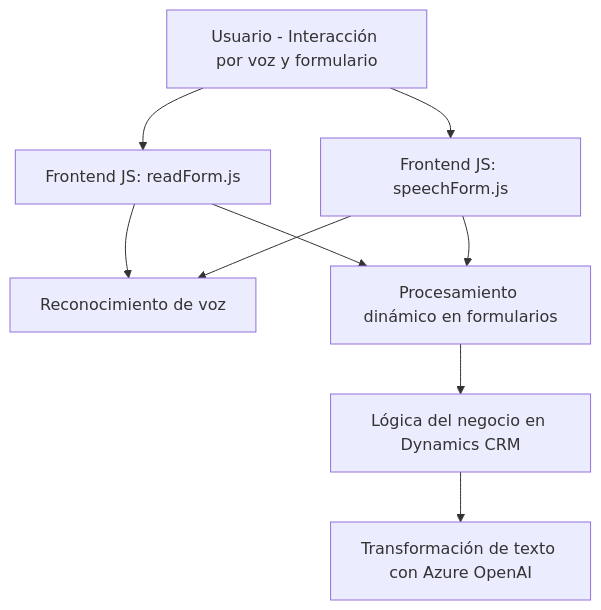
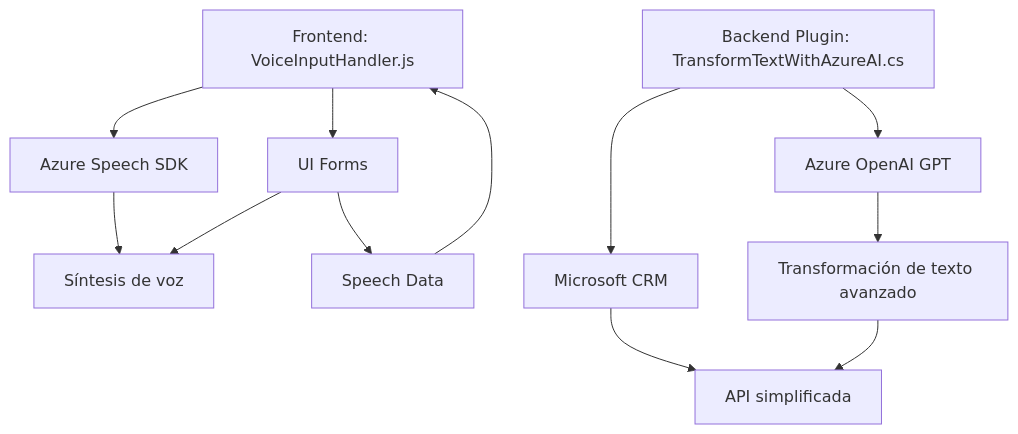
Before and after one commit to blopezdm/NETCORE_BILBAO2025: the diagram in README.md, drawn with Mermaid. The commit also changed other lines of this file, not shown here.

Commit message:
Actualizar análisis global de la solución con IA

````diff
--- a/README.md
+++ b/README.md
@@ -51,23 +52,15 @@
 ```mermaid
 graph TD
-    A["Usuario - Interacción por voz y formulario"]
-    B["Frontend JS: readForm.js"]
-    C["Frontend JS: speechForm.js"]
-    D["Azure Speech Services"]
-    E["Microsoft Dynamics CRM"]
-    F["Backend Plugin: TransformTextWithAzureAI.cs"]
-    G["Azure OpenAI"]
+    A["Frontend: VoiceInputHandler.js"] --> B["Azure Speech SDK"]
+    A --> C["UI Forms"]
+    B --> D["Síntesis de voz"]
+    C --> D
+    C --> E["Speech Data"]
+    E --> A
 
-    A --> B
-    A --> C
-
-    B --> D["Azure Speech SDK"]
-    C --> D["Reconocimiento de voz"]
-
-    B --> E["Xrm.WebApi"]
-    C --> E["Procesamiento dinámico en formularios"]
-
-    E --> F["Lógica del negocio en Dynamics CRM"]
-
-    F --> G["Transformación de texto con Azure OpenAI"]
+    X["Backend Plugin: TransformTextWithAzureAI.cs"] --> Y["Azure OpenAI GPT"]
+    X --> Z["Microsoft CRM"]
+    Y --> W["Transformación de texto avanzado"]
+    Z --> Z1["API simplificada"]
+    W --> Z1
 ```
````
